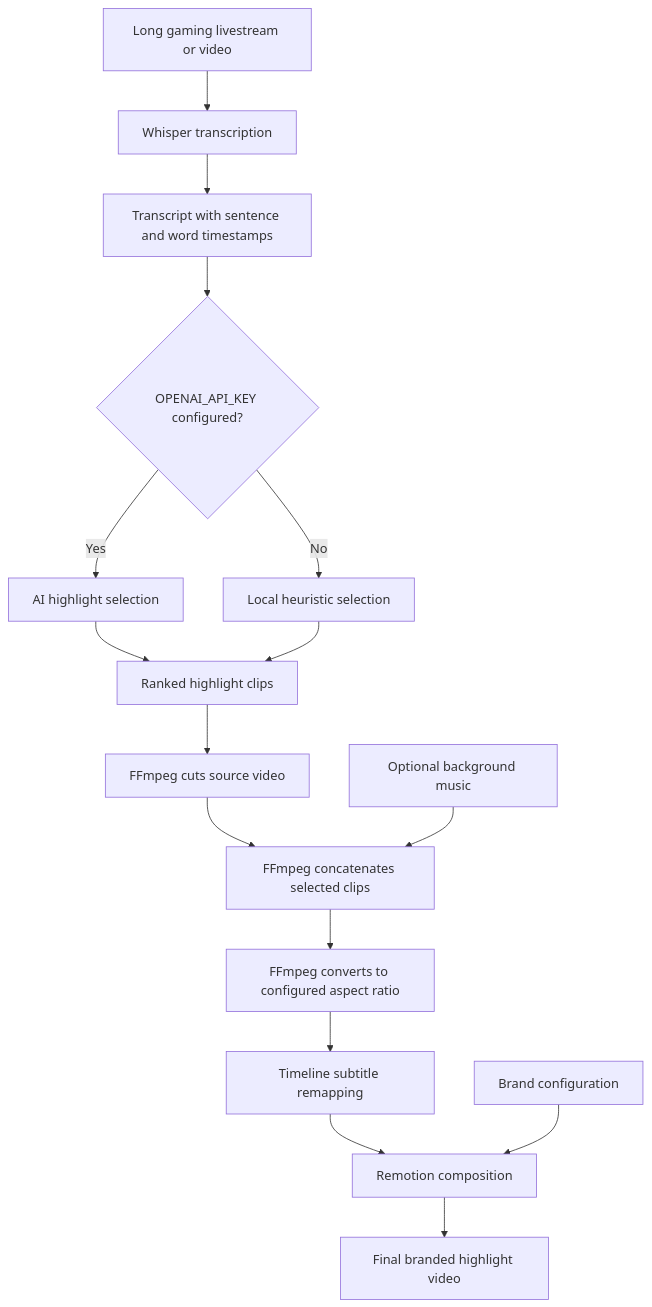
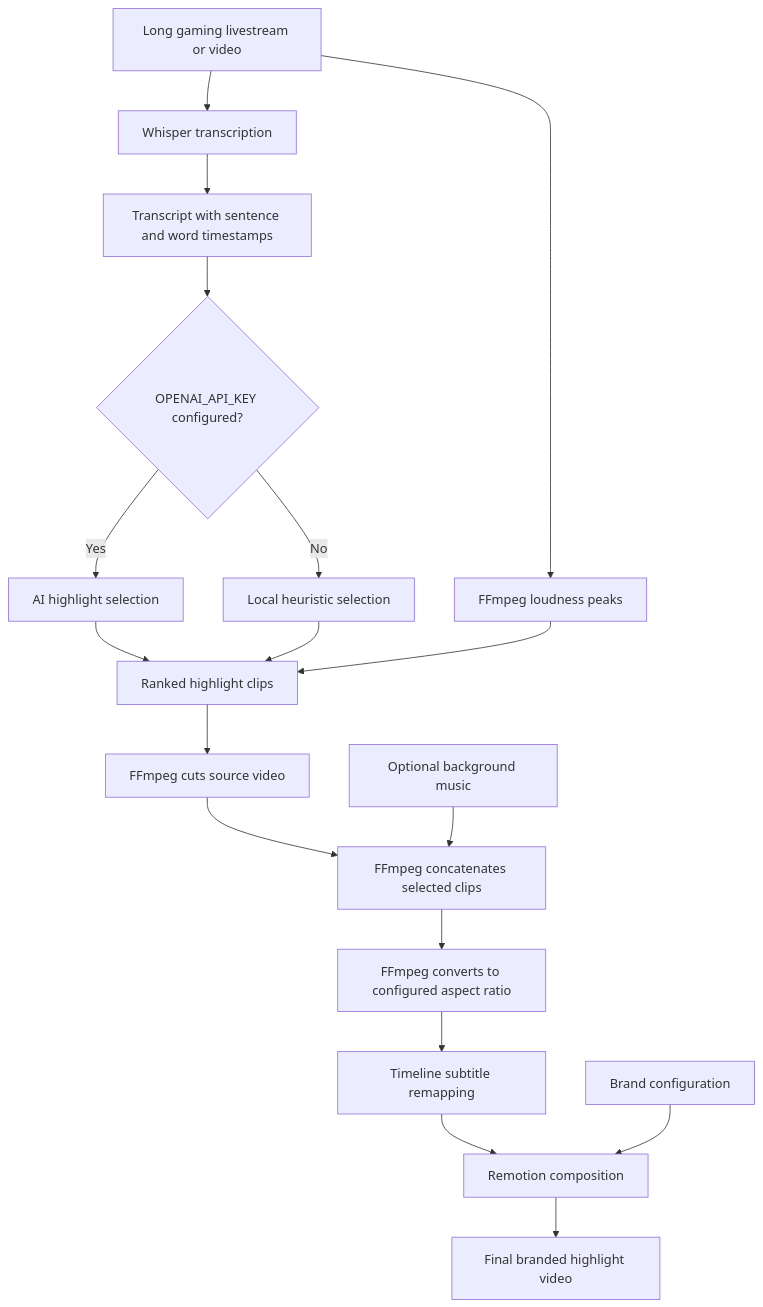
One commit to dannyhoang249-hub/Gaming-Video-editing changed the diagram in README.md. Above: the diagram before and after it, drawn with Mermaid. The commit also changed other lines of this file and 14 other files, not shown here.

````diff
--- a/README.md
+++ b/README.md
@@ -43,25 +43,27 @@
 ```mermaid
 flowchart TD
     A[Long gaming livestream or video] --> B[Whisper transcription]
 
     B --> C[Transcript with sentence and word timestamps]
     C --> D{OPENAI_API_KEY configured?}
 
     D -->|Yes| E[AI highlight selection]
     D -->|No| F[Local heuristic selection]
 
     E --> G[Ranked highlight clips]
     F --> G
+    A --> P[FFmpeg loudness peaks]
+    P --> G
 
     G --> H[FFmpeg cuts source video]
     H --> I[FFmpeg concatenates selected clips]
     I --> J[FFmpeg converts to configured aspect ratio]
 
     J --> K[Timeline subtitle remapping]
     K --> L[Remotion composition]
 
     M[Brand configuration] --> L
     N[Optional background music] --> I
 
     L --> O[Final branded highlight video]
 ```
````
